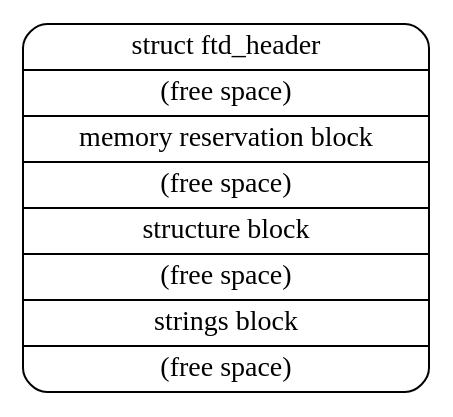
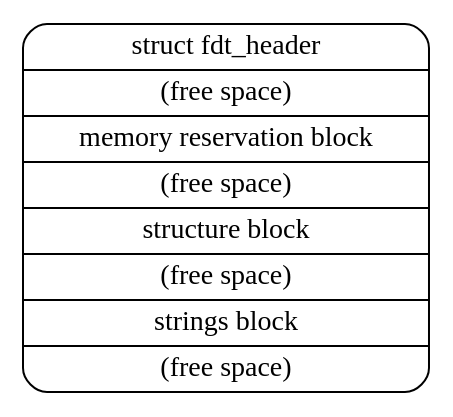
The diagram in source/flattened-format.rst (devicetree-org/devicetree-specification), drawn with Graphviz before and after one commit.

```diff
--- a/source/flattened-format.rst
+++ b/source/flattened-format.rst
@@ -29,17 +29,17 @@
 .. digraph:: tree
    :caption: Devicetree .dtb Structure
 
    rankdir = LR
    ranksep = "1.5"
    size = "6,8"
    edge [ dir="none" ]
    node [ shape="Mrecord" width="2.5" ]
 
-   "node" [ label = "struct ftd_header |
+   "node" [ label = "struct fdt_header |
       (free space) |
       memory reservation block |
       (free space) |
       structure block |
       (free space) |
       strings block |
       (free space)" ]
```
